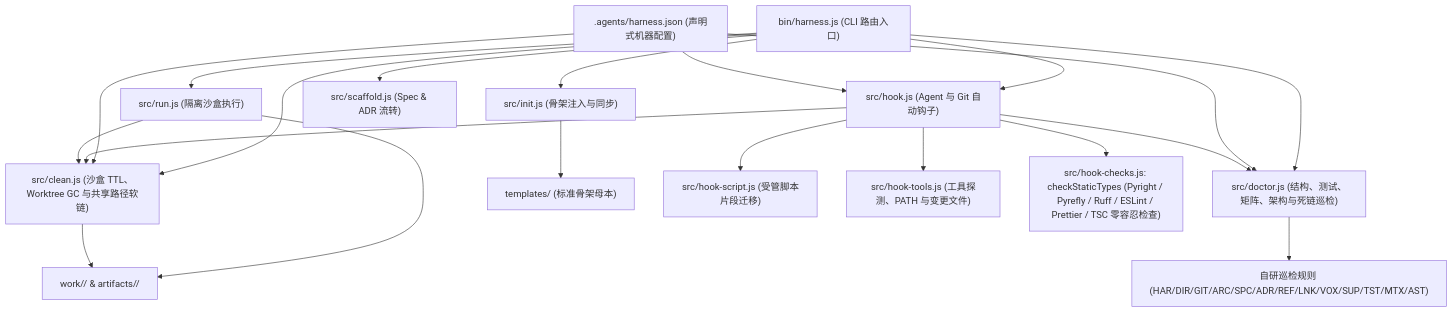
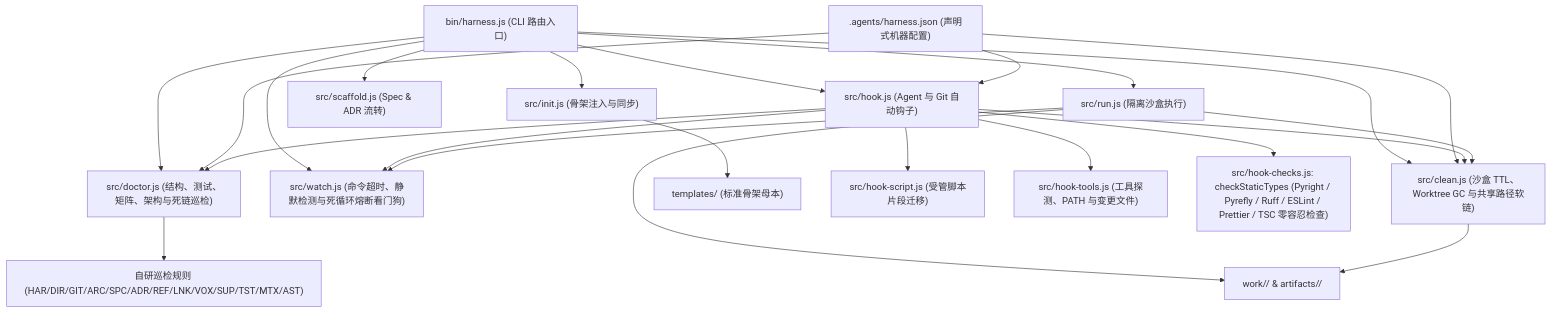
The first of 2 diagrams in docs/architecture/overview.md (nanzhi84/yoryon-harness), drawn with Mermaid before and after one commit. The commit also changed other lines of this file and 12 other files, not shown here.

Commit message:
feat(watch): add mandatory command watchdog and PreToolUse hook guard

````diff
--- a/docs/architecture/overview.md
+++ b/docs/architecture/overview.md
@@ -7,24 +7,27 @@
 ```mermaid
 flowchart TD
     CLI["bin/harness.js (CLI 路由入口)"] --> Init["src/init.js (骨架注入与同步)"]
     CLI --> Doctor["src/doctor.js (结构、测试、矩阵、架构与死链巡检)"]
     CLI --> Hook["src/hook.js (Agent 与 Git 自动钩子)"]
+    CLI --> Watch["src/watch.js (命令超时、静默检测与死循环熔断看门狗)"]
     CLI --> Clean["src/clean.js (沙盒 TTL、Worktree GC 与共享路径软链)"]
     CLI --> Run["src/run.js (隔离沙盒执行)"]
     CLI --> Scaffold["src/scaffold.js (Spec & ADR 流转)"]
 
     Config[".agents/harness.json (声明式机器配置)"] --> Doctor
     Config --> Hook
     Config --> Clean
 
     Init --> Tpl["templates/ (标准骨架母本)"]
     Hook --> Clean
     Hook --> Doctor
+    Hook --> Watch
     Hook --> HookScript["src/hook-script.js (受管脚本片段迁移)"]
     Hook --> Tools["src/hook-tools.js (工具探测、PATH 与变更文件)"]
     Hook --> TypeCheck["src/hook-checks.js: checkStaticTypes (Pyright / Pyrefly / Ruff / ESLint / Prettier / TSC 零容忍检查)"]
     Run --> Clean
+    Run --> Watch
     Doctor --> Rules["自研巡检规则 (HAR/DIR/GIT/ARC/SPC/ADR/REF/LNK/VOX/SUP/TST/MTX/AST)"]
     Run --> Sandbox["work/<run-id>/ & artifacts/<run-id>/"]
     Clean --> Sandbox
 ```
````
